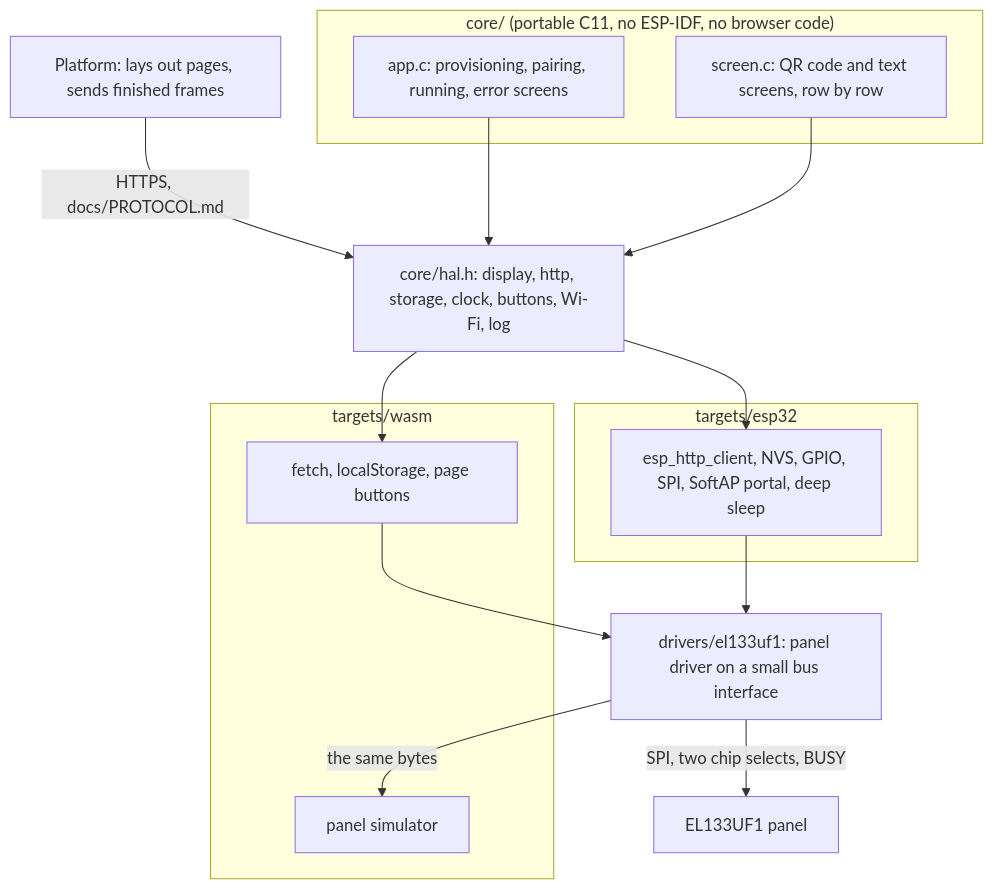
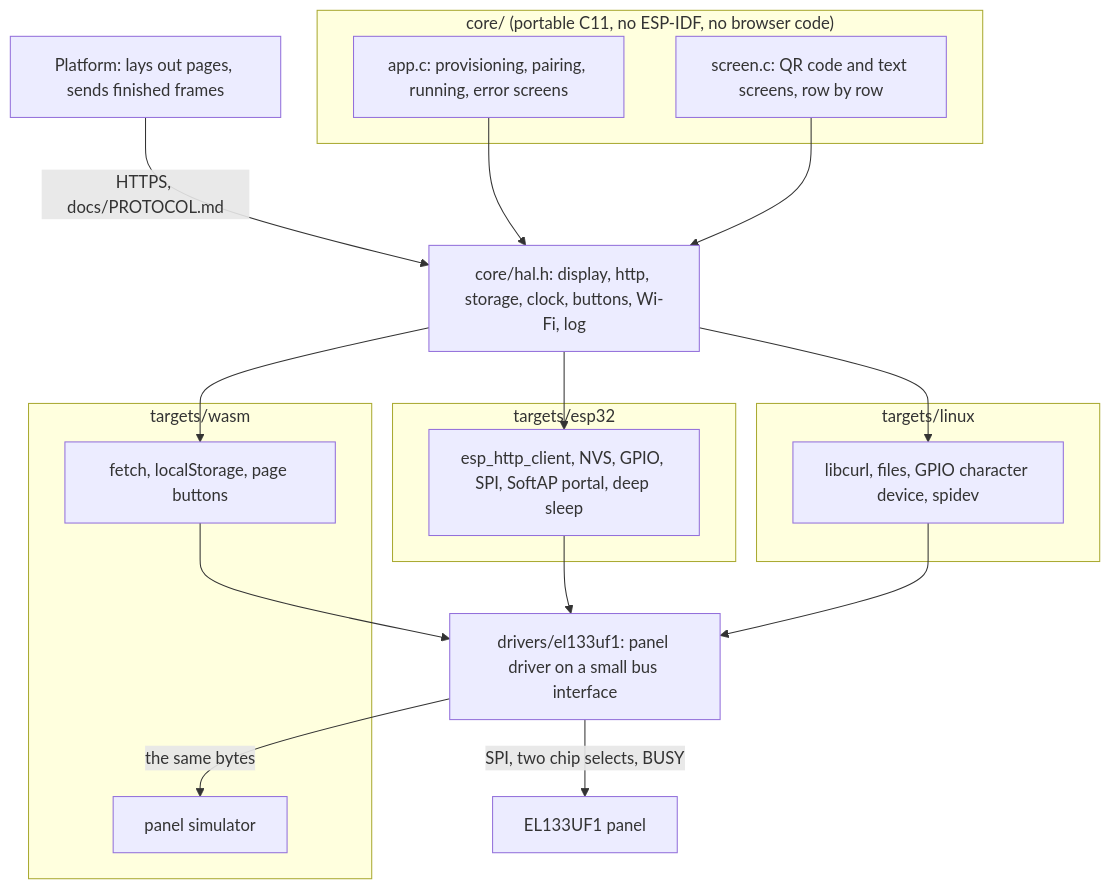
One commit to brushknight/newspaper changed the diagram in README.md. Above: the diagram before and after it, drawn with Mermaid. The commit also changed other lines of this file and 55 other files, not shown here.

````diff
--- a/README.md
+++ b/README.md
@@ -160,27 +210,32 @@
 ```mermaid
 flowchart TB
   platform["Platform: lays out pages, sends finished frames"]
   subgraph core ["core/ (portable C11, no ESP-IDF, no browser code)"]
     app["app.c: provisioning, pairing, running, error screens"]
     screen["screen.c: QR code and text screens, row by row"]
   end
   hal["core/hal.h: display, http, storage, clock, buttons, Wi-Fi, log"]
   subgraph esp ["targets/esp32"]
     esphal["esp_http_client, NVS, GPIO, SPI, SoftAP portal, deep sleep"]
+  end
+  subgraph linux ["targets/linux"]
+    linuxhal["libcurl, files, GPIO character device, spidev"]
   end
   subgraph wasm ["targets/wasm"]
     webhal["fetch, localStorage, page buttons"]
     sim["panel simulator"]
   end
   driver["drivers/el133uf1: panel driver on a small bus interface"]
   panel["EL133UF1 panel"]
   platform -- "HTTPS, docs/PROTOCOL.md" --> hal
   app --> hal
   screen --> hal
   hal --> esphal
   hal --> webhal
+  hal --> linuxhal
   esphal --> driver
+  linuxhal --> driver
   webhal --> driver
   driver -- "SPI, two chip selects, BUSY" --> panel
   driver -- "the same bytes" --> sim
 ```
````
